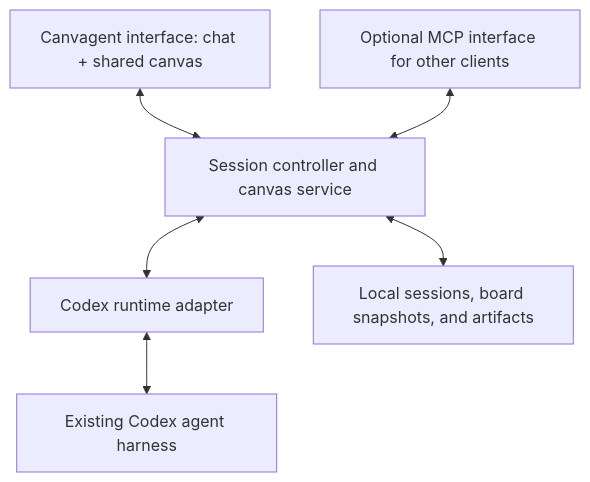
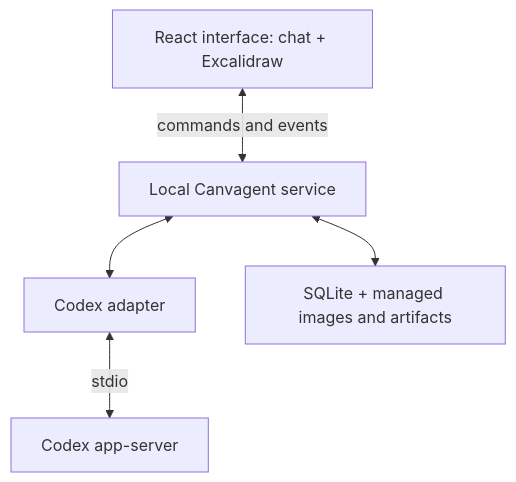
The diagram in README.md (erhuve/canvagent), drawn with Mermaid before and after one commit. The commit also changed other lines of this file, not shown here.

Commit message:
Link phased plan and summarize harness architecture

````diff
--- a/README.md
+++ b/README.md
@@ -45,15 +23,13 @@
 ```mermaid
 flowchart TB
-    UI["Canvagent interface: chat + shared canvas"]
-    S["Session controller and canvas service"]
-    R["Codex runtime adapter"]
-    A["Existing Codex agent harness"]
-    P["Local sessions, board snapshots, and artifacts"]
-    M["Optional MCP interface for other clients"]
+    UI["React interface: chat + Excalidraw"]
+    APP["Local Canvagent service"]
+    ADAPTER["Codex adapter"]
+    CODEX["Codex app-server"]
+    STORE["SQLite + managed images and artifacts"]
 
-    UI <--> S
-    S <--> R
-    R <--> A
-    S <--> P
-    M <--> S
+    UI <-->|"commands and events"| APP
+    APP <--> ADAPTER
+    ADAPTER <-->|"stdio"| CODEX
+    APP <--> STORE
 ```
````
